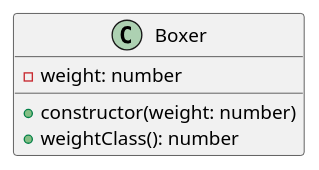
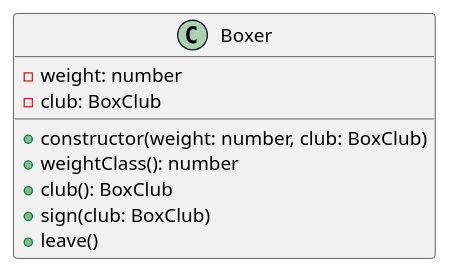
Before and after one commit to krisztiankazinczi/bh-fst01: the diagram in docs/exercises/oop/hard/boxing/Boxer.plantuml, drawn with PlantUML. The commit also changed 5 other files, not shown here.

```diff
--- a/docs/exercises/oop/hard/boxing/Boxer.plantuml
+++ b/docs/exercises/oop/hard/boxing/Boxer.plantuml
@@ -1,8 +1,12 @@
 @startuml
 class Boxer {
     - weight: number
+    - club: BoxClub
 
-    + constructor(weight: number)
+    + constructor(weight: number, club: BoxClub)
     + weightClass(): number
+    + club(): BoxClub
+    + sign(club: BoxClub)
+    + leave()
 }
 @enduml
```
